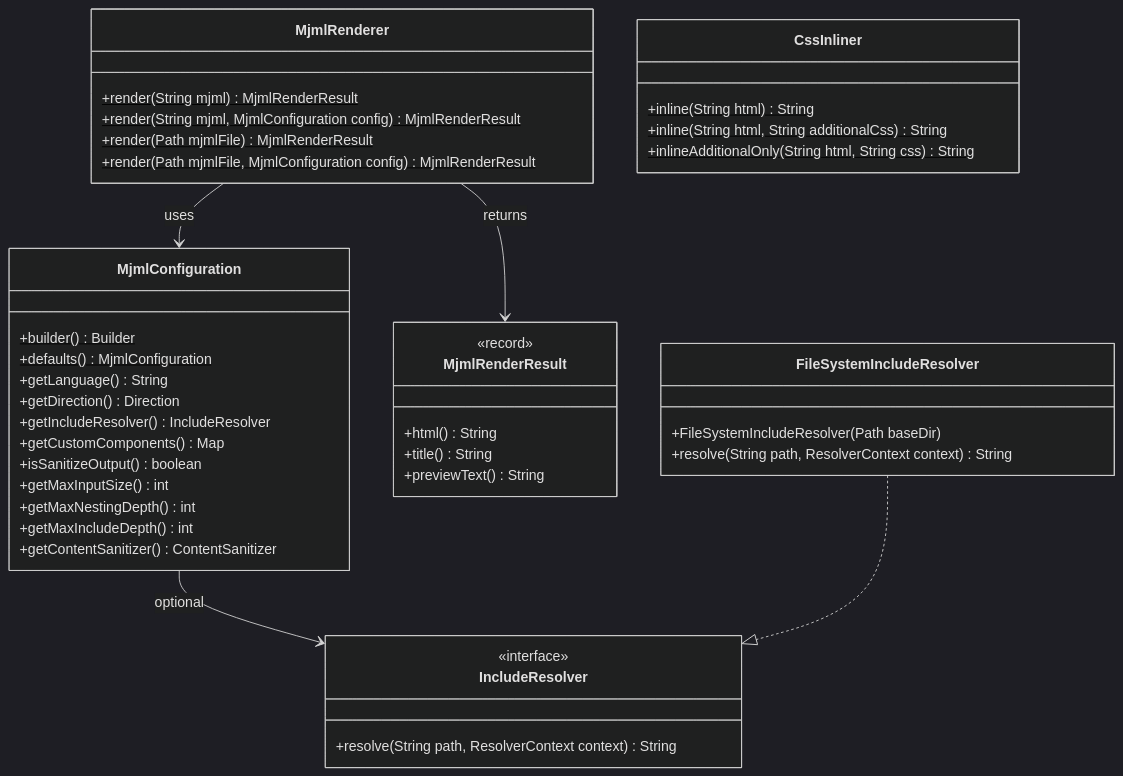
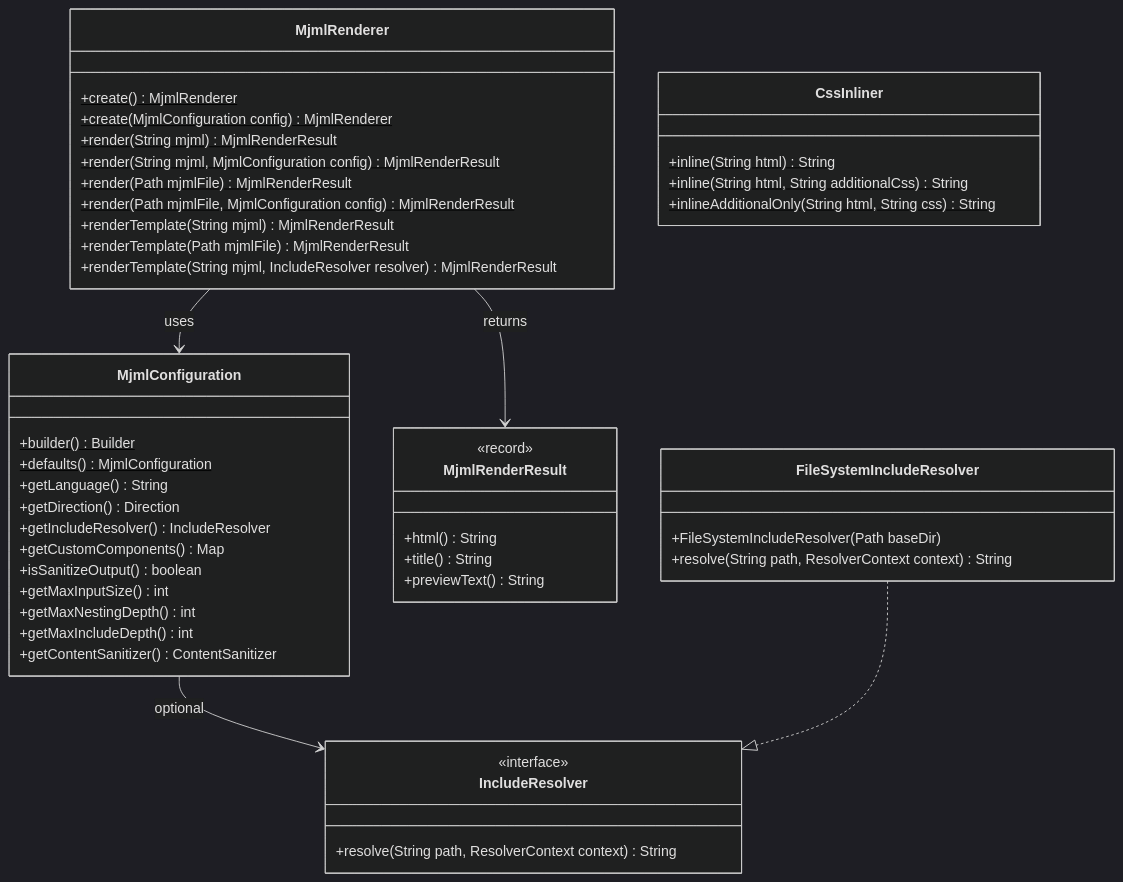
The first of 2 diagrams in docs/docs/api-reference/index.md (jcputney/mjml-java), drawn with Mermaid (dark theme) before and after one commit. The commit also changed 31 other files, not shown here.

````diff
--- a/docs/docs/api-reference/index.md
+++ b/docs/docs/api-reference/index.md
@@ -24,51 +24,56 @@
 ```mermaid
 classDiagram
     class MjmlRenderer {
+        +create()$ MjmlRenderer
+        +create(MjmlConfiguration config)$ MjmlRenderer
         +render(String mjml)$ MjmlRenderResult
         +render(String mjml, MjmlConfiguration config)$ MjmlRenderResult
         +render(Path mjmlFile)$ MjmlRenderResult
         +render(Path mjmlFile, MjmlConfiguration config)$ MjmlRenderResult
+        +renderTemplate(String mjml) MjmlRenderResult
+        +renderTemplate(Path mjmlFile) MjmlRenderResult
+        +renderTemplate(String mjml, IncludeResolver resolver) MjmlRenderResult
     }
 
     class MjmlConfiguration {
         +builder()$ Builder
         +defaults()$ MjmlConfiguration
         +getLanguage() String
         +getDirection() Direction
         +getIncludeResolver() IncludeResolver
         +getCustomComponents() Map
         +isSanitizeOutput() boolean
         +getMaxInputSize() int
         +getMaxNestingDepth() int
         +getMaxIncludeDepth() int
         +getContentSanitizer() ContentSanitizer
     }
 
     class MjmlRenderResult {
         <<record>>
         +html() String
         +title() String
         +previewText() String
     }
 
     class IncludeResolver {
         <<interface>>
         +resolve(String path, ResolverContext context) String
     }
 
     class FileSystemIncludeResolver {
         +FileSystemIncludeResolver(Path baseDir)
         +resolve(String path, ResolverContext context) String
     }
 
     class CssInliner {
         +inline(String html)$ String
         +inline(String html, String additionalCss)$ String
         +inlineAdditionalOnly(String html, String css)$ String
     }
 
     MjmlRenderer --> MjmlConfiguration : uses
     MjmlRenderer --> MjmlRenderResult : returns
     MjmlConfiguration --> IncludeResolver : optional
     FileSystemIncludeResolver ..|> IncludeResolver
 ```
````
